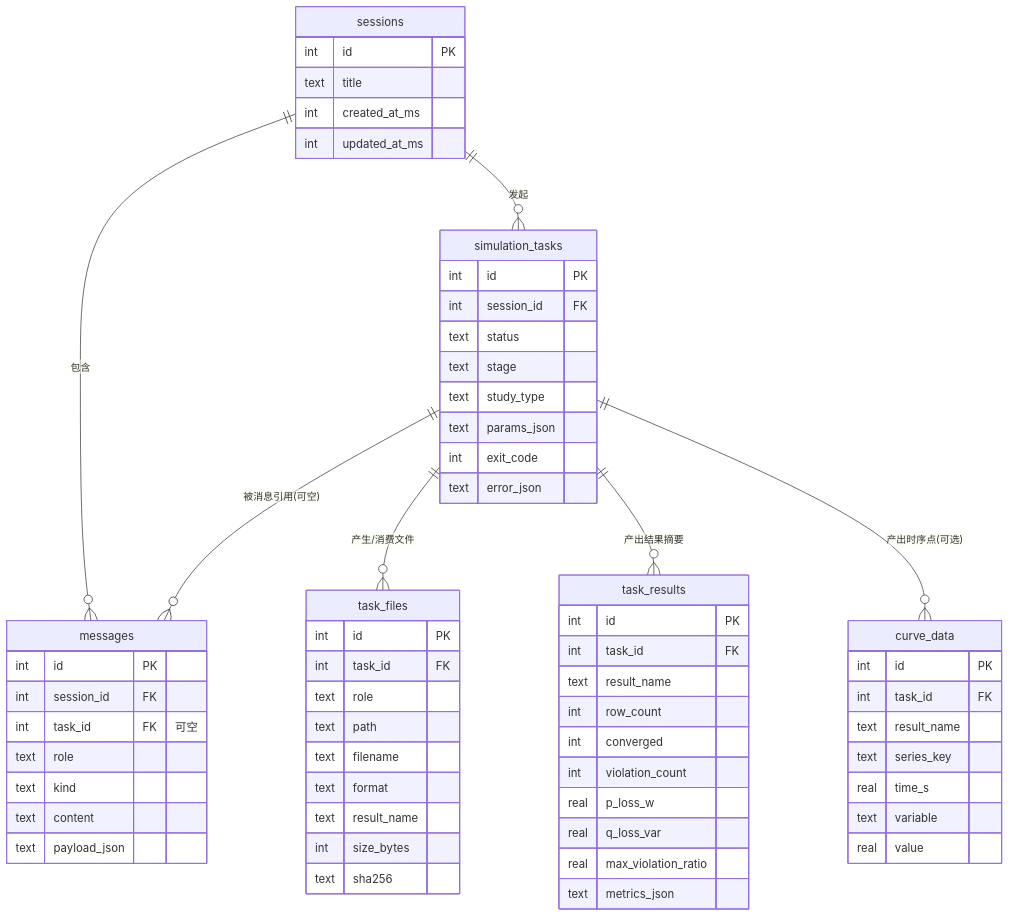
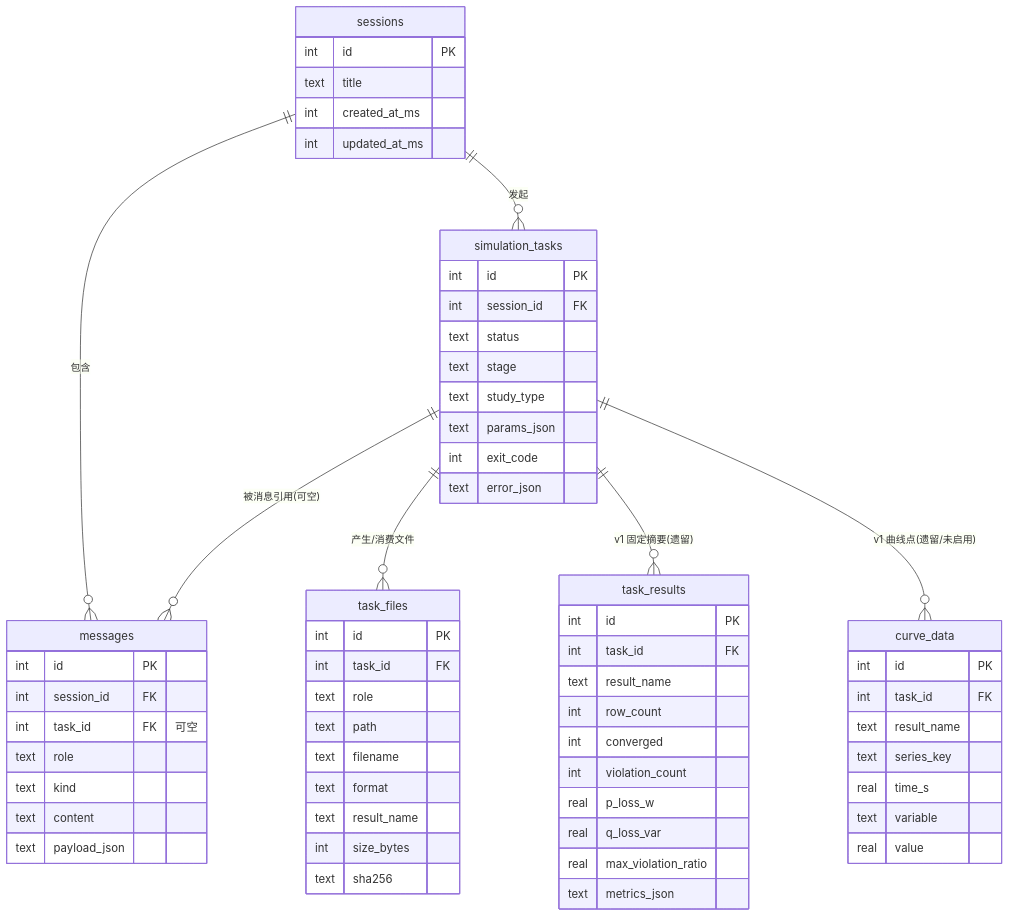
Before and after one commit to shufengdong/zjudss: the first of 2 diagrams in docs/db-design.md, drawn with Mermaid. The commit also changed other lines of this file and 5 other files, not shown here.

````diff
--- a/docs/db-design.md
+++ b/docs/db-design.md
@@ -86,67 +97,67 @@
 ```mermaid
 erDiagram
     sessions        ||--o{ messages        : "包含"
     sessions        ||--o{ simulation_tasks: "发起"
     simulation_tasks ||--o{ messages        : "被消息引用(可空)"
     simulation_tasks ||--o{ task_files      : "产生/消费文件"
-    simulation_tasks ||--o{ task_results    : "产出结果摘要"
-    simulation_tasks ||--o{ curve_data      : "产出时序点(可选)"
+    simulation_tasks ||--o{ task_results    : "v1 固定摘要(遗留)"
+    simulation_tasks ||--o{ curve_data      : "v1 曲线点(遗留/未启用)"
 
     sessions {
         int id PK
         text title
         int created_at_ms
         int updated_at_ms
     }
     simulation_tasks {
         int id PK
         int session_id FK
         text status
         text stage
         text study_type
         text params_json
         int exit_code
         text error_json
     }
     messages {
         int id PK
         int session_id FK
         int task_id FK "可空"
         text role
         text kind
         text content
         text payload_json
     }
     task_files {
         int id PK
         int task_id FK
         text role
         text path
         text filename
         text format
         text result_name
         int size_bytes
         text sha256
     }
     task_results {
         int id PK
         int task_id FK
         text result_name
         int row_count
         int converged
         int violation_count
         real p_loss_w
         real q_loss_var
         real max_violation_ratio
         text metrics_json
     }
     curve_data {
         int id PK
         int task_id FK
         text result_name
         text series_key
         real time_s
         text variable
         real value
     }
 ```
````
